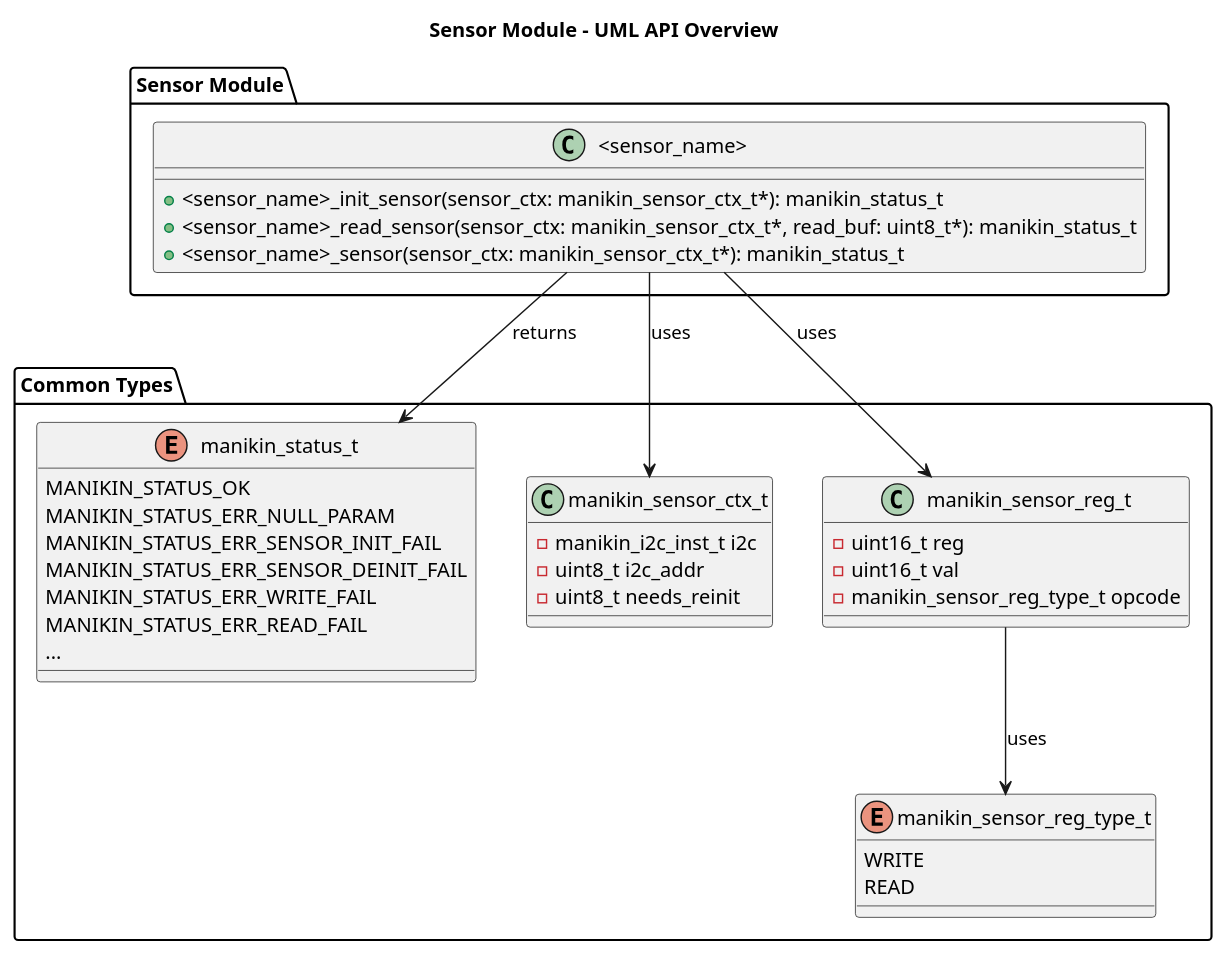
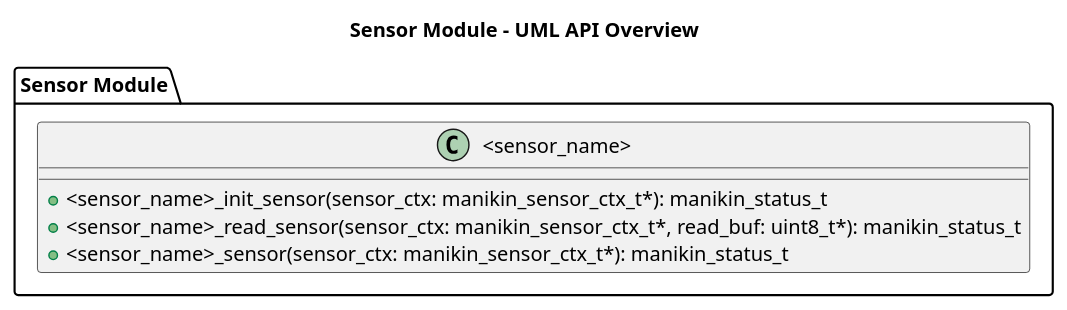
The diagram in docs/assets/sensor_module_api_overview.iuml (RobotPatient/Manikin_Software_Libraries_V3), drawn with PlantUML before and after one commit. The commit also changed 2 other files, not shown here.

Commit message:
remove types from class diagram

```diff
--- a/docs/assets/sensor_module_api_overview.iuml
+++ b/docs/assets/sensor_module_api_overview.iuml
@@ -1,46 +1,12 @@
     @startuml
     title Sensor Module - UML API Overview
 
     package "Sensor Module" {
        class "<sensor_name>" {
           + <sensor_name>_init_sensor(sensor_ctx: manikin_sensor_ctx_t*): manikin_status_t
           + <sensor_name>_read_sensor(sensor_ctx: manikin_sensor_ctx_t*, read_buf: uint8_t*): manikin_status_t
           + <sensor_name>_sensor(sensor_ctx: manikin_sensor_ctx_t*): manikin_status_t
         }
     }
 
-    package "Common Types" {
-        enum manikin_status_t {
-            MANIKIN_STATUS_OK
-            MANIKIN_STATUS_ERR_NULL_PARAM
-            MANIKIN_STATUS_ERR_SENSOR_INIT_FAIL
-            MANIKIN_STATUS_ERR_SENSOR_DEINIT_FAIL
-            MANIKIN_STATUS_ERR_WRITE_FAIL
-            MANIKIN_STATUS_ERR_READ_FAIL
-            ...
-        }
-
-        class manikin_sensor_ctx_t {
-            -manikin_i2c_inst_t i2c
-            -uint8_t i2c_addr
-            -uint8_t needs_reinit
-        }
-
-        class manikin_sensor_reg_t {
-            -uint16_t reg
-            -uint16_t val
-            -manikin_sensor_reg_type_t opcode
-        }
-
-        enum manikin_sensor_reg_type_t {
-            WRITE
-            READ
-        }
-    }
-
-    "<sensor_name>" --> manikin_sensor_ctx_t : uses
-    "<sensor_name>" --> manikin_sensor_reg_t : uses
-    "<sensor_name>" --> manikin_status_t : returns
-    manikin_sensor_reg_t --> manikin_sensor_reg_type_t : uses
-
     @enduml
```
